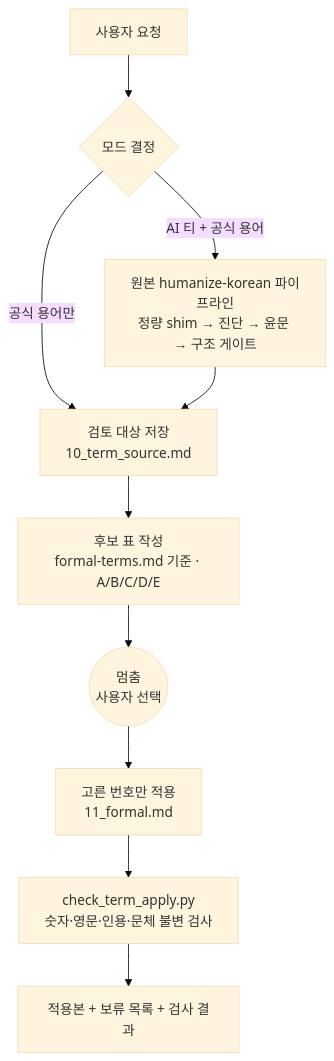
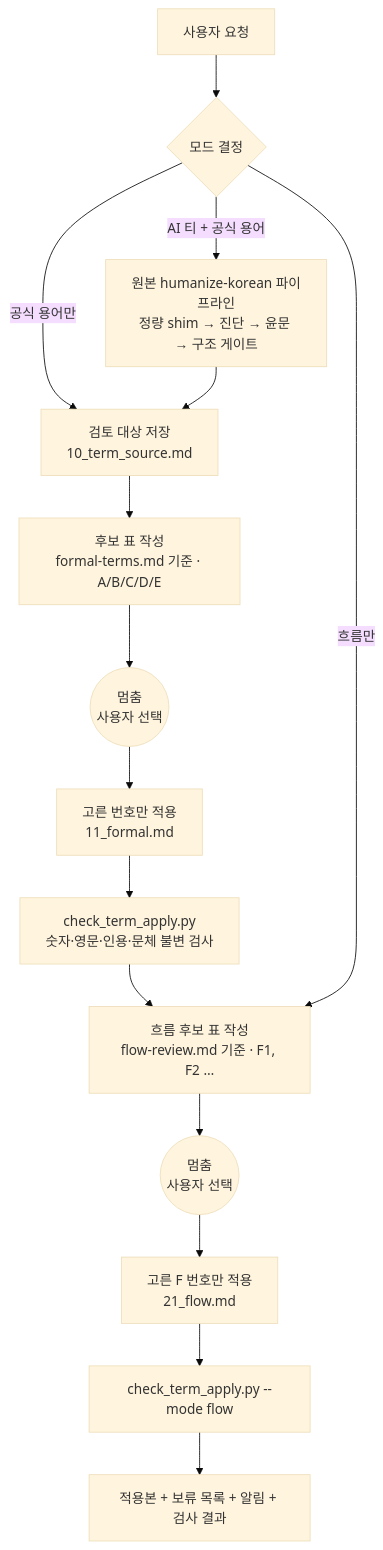
The diagram in README.md (KimHands/humanize-korean-formal), drawn with Mermaid (base theme) before and after one commit. The commit also changed other lines of this file and 27 other files, not shown here.

````diff
--- a/README.md
+++ b/README.md
@@ -132,12 +169,17 @@
 ```mermaid
 flowchart TD
     REQ[사용자 요청] --> MODE{모드 결정}
     MODE -- 공식 용어만 --> SRC[검토 대상 저장<br/>10_term_source.md]
     MODE -- AI 티 + 공식 용어 --> HK[원본 humanize-korean 파이프라인<br/>정량 shim → 진단 → 윤문 → 구조 게이트]
     HK --> SRC
     SRC --> TABLE[후보 표 작성<br/>formal-terms.md 기준 · A/B/C/D/E]
     TABLE --> STOP((멈춤<br/>사용자 선택))
     STOP --> APPLY[고른 번호만 적용<br/>11_formal.md]
     APPLY --> CHECK[check_term_apply.py<br/>숫자·영문·인용·문체 불변 검사]
-    CHECK --> OUT[적용본 + 보류 목록 + 검사 결과]
+    CHECK --> FLOW[흐름 후보 표 작성<br/>flow-review.md 기준 · F1, F2 …]
+    MODE -- 흐름만 --> FLOW
+    FLOW --> STOP2((멈춤<br/>사용자 선택))
+    STOP2 --> FAPPLY[고른 F 번호만 적용<br/>21_flow.md]
+    FAPPLY --> FCHECK[check_term_apply.py --mode flow]
+    FCHECK --> OUT[적용본 + 보류 목록 + 알림 + 검사 결과]
 ```
````
